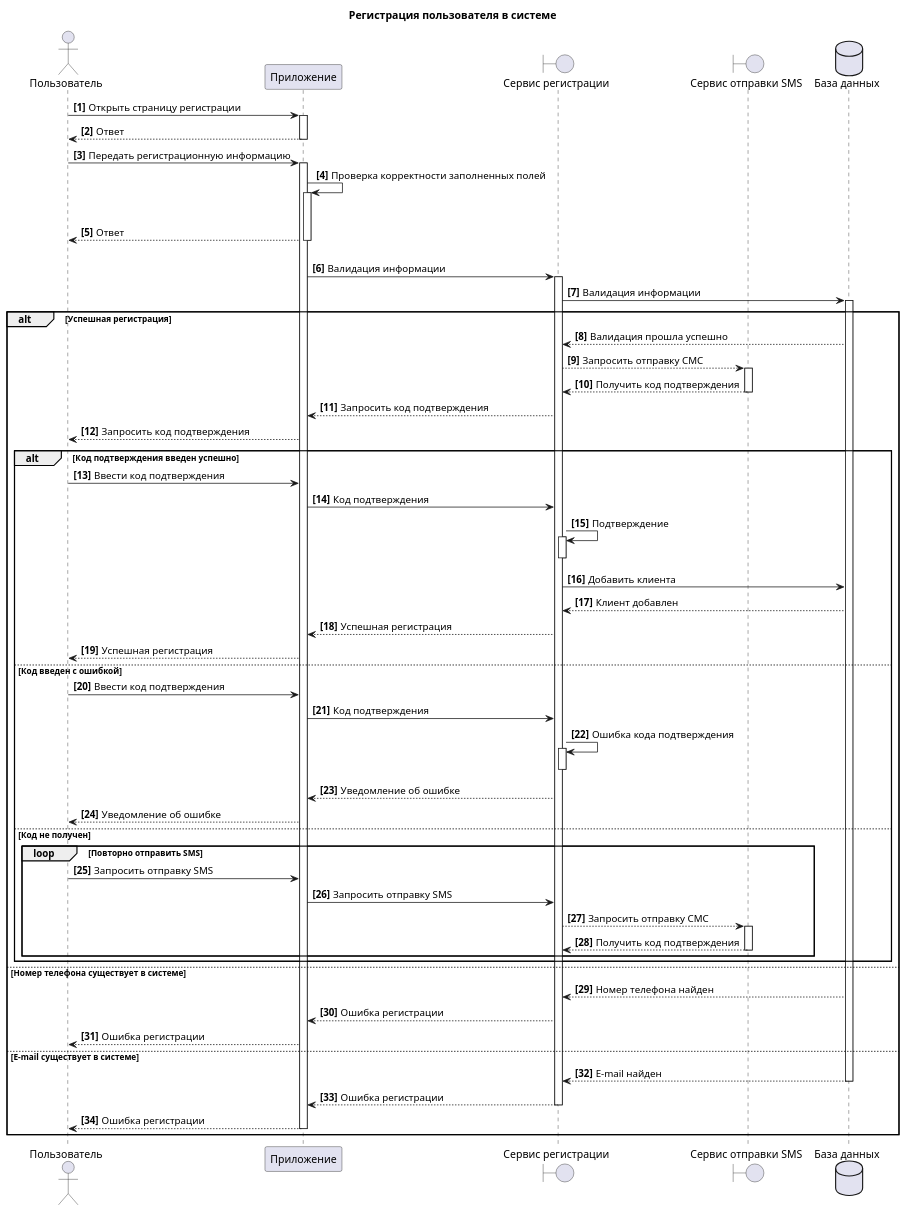
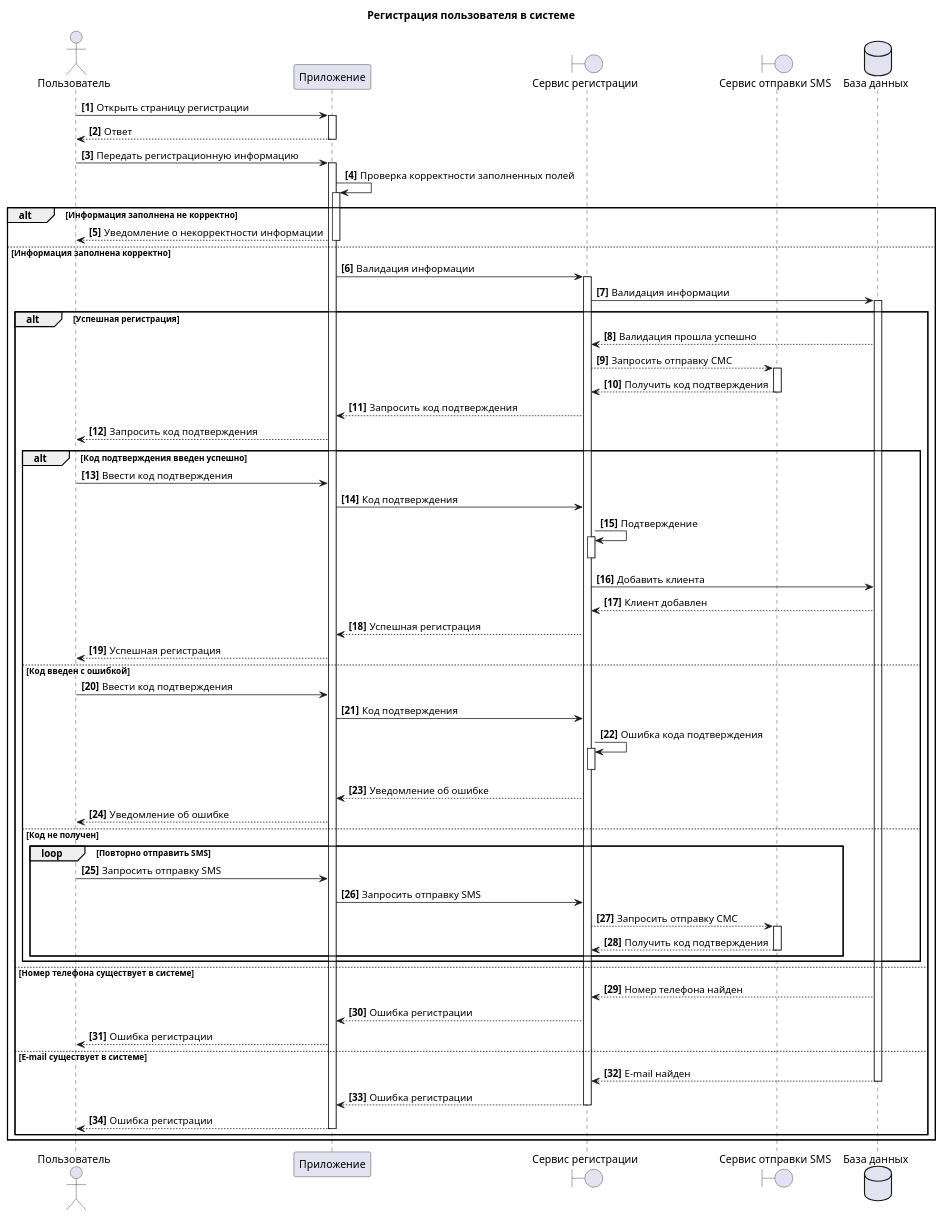
The diagram in 5_UML/UC_1_Registration.wsd (Mimitrii/RoboPoint), drawn with PlantUML before and after one commit. The commit also changed 4 other files, not shown here.

```diff
--- a/5_UML/UC_1_Registration.wsd
+++ b/5_UML/UC_1_Registration.wsd
@@ -1,60 +1,61 @@
 @startuml
 title Регистрация пользователя в системе
 actor "Пользователь" as U 
 participant  "Приложение" as A 
 boundary "Сервис регистрации" as S
 boundary "Сервис отправки SMS" as SMS
 dataBase "База данных" as DB 
 autonumber "<b>[0]"  
 
 U->A++: Открыть страницу регистрации
 return Ответ
 U->A++: Передать регистрационную информацию
 A->A++: Проверка корректности заполненных полей
 alt Информация заполнена не корректно
-A-->U:Ответ
+A-->U:Уведомление о некорректности информации
 else  Информация заполнена корректно
 A--
 A->S++: Валидация информации
 S->DB++: Валидация информации
 alt Успешная регистрация
 DB-->S: Валидация прошла успешно
 S-->SMS++: Запросить отправку СМС
 return Получить код подтверждения
 S-->A: Запросить код подтверждения
 A-->U: Запросить код подтверждения
 
 alt Код подтверждения введен успешно
 U->A: Ввести код подтверждения
 A->S: Код подтверждения
 S->S++: Подтверждение
 S--
 S->DB: Добавить клиента
 DB-->S: Клиент добавлен
 S-->A: Успешная регистрация
 A-->U: Успешная регистрация
 else Код введен с ошибкой
 U->A: Ввести код подтверждения
 A->S: Код подтверждения
 S->S++: Ошибка кода подтверждения
 S--
 S-->A: Уведомление об ошибке
 A-->U: Уведомление об ошибке
 else Код не получен
 loop Повторно отправить SMS
 U->A: Запросить отправку SMS
 A->S: Запросить отправку SMS
 S-->SMS++: Запросить отправку СМС
 return Получить код подтверждения
 end
 end
 else Номер телефона существует в системе
 DB-->S: Номер телефона найден
 S-->A: Ошибка регистрации
 A-->U: Ошибка регистрации
 else E-mail существует в системе
 return E-mail найден
 return Ошибка регистрации
 return Ошибка регистрации
 end
+end
 @enduml
```
